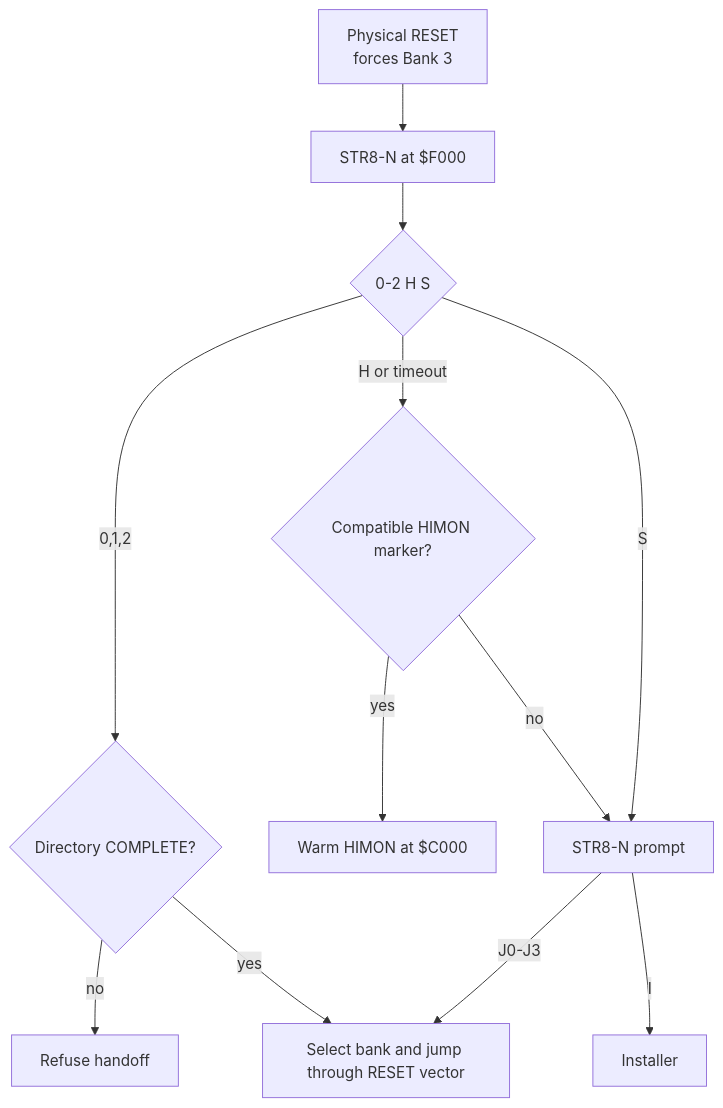
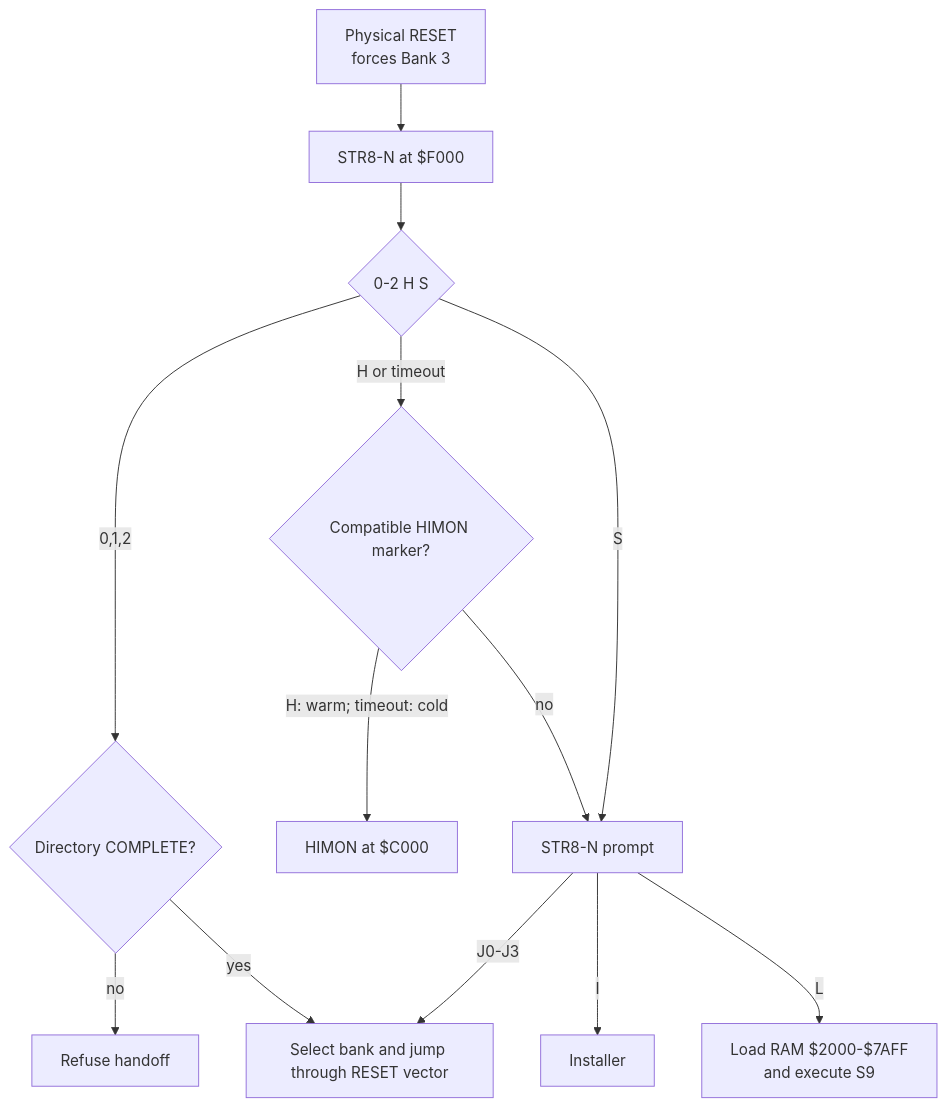
One commit to 95westus/STR8-N changed the third of 7 diagrams in docs/MAPS.md. Above: the diagram before and after it, drawn with Mermaid. The commit also changed other lines of this file and 10 other files, not shown here.

Commit message:
Add recovery RAM load-and-run command

````diff
--- a/docs/MAPS.md
+++ b/docs/MAPS.md
@@ -42,14 +43,15 @@
 ```mermaid
 flowchart TD
     R[Physical RESET<br/>forces Bank 3] --> P[STR8-N at $F000]
     P --> Q{0-2 H S}
     Q -->|0,1,2| C{Directory COMPLETE?}
     C -->|no| F[Refuse handoff]
     C -->|yes| J[Select bank and jump through RESET vector]
     Q -->|H or timeout| M{Compatible HIMON marker?}
-    M -->|yes| H[Warm HIMON at $C000]
+    M -->|H: warm; timeout: cold| H[HIMON at $C000]
     M -->|no| S[STR8-N prompt]
     Q -->|S| S
     S -->|J0-J3| J
     S -->|I| I[Installer]
+    S -->|L| L[Load RAM $2000-$7AFF<br/>and execute S9]
 ```
````
